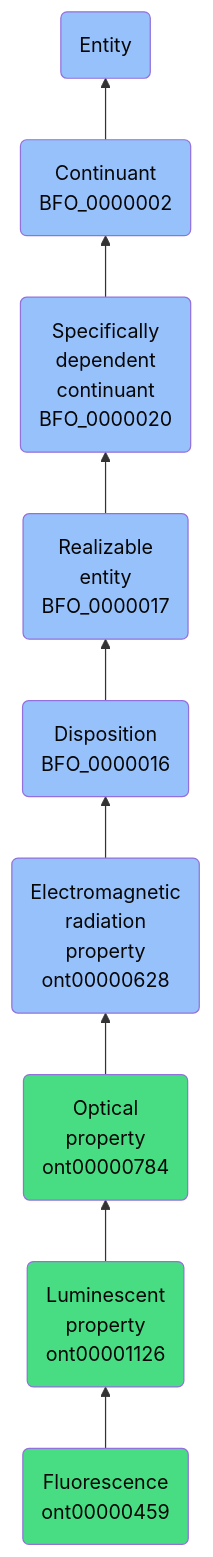
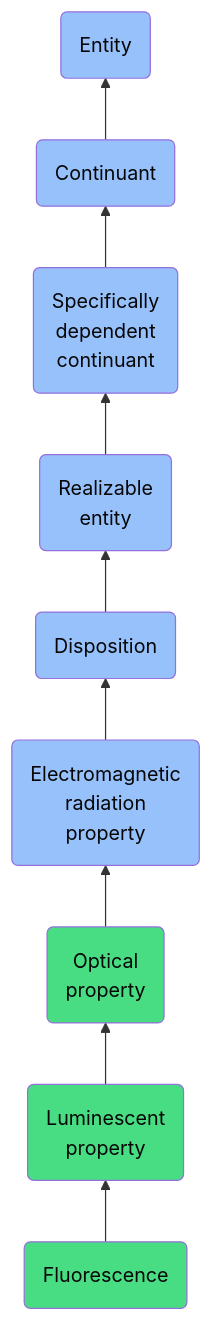
The diagram in docs/ontology/reference/model/Entity/Continuant/Specifically dependent continuant/Realizable entity/Disposition/Electromagnetic radiation property/Optical property/Luminescent property/Fluorescence/Fluorescence.md (jupyter-naas/abi), drawn with Mermaid before and after one commit. The commit also changed other lines of this file and 1430 other files, not shown here.

````diff
--- a/docs/ontology/reference/model/Entity/Continuant/Specifically dependent continuant/Realizable entity/Disposition/Electromagnetic radiation property/Optical property/Luminescent property/Fluorescence/Fluorescence.md
+++ b/docs/ontology/reference/model/Entity/Continuant/Specifically dependent continuant/Realizable entity/Disposition/Electromagnetic radiation property/Optical property/Luminescent property/Fluorescence/Fluorescence.md
@@ -24,16 +24,16 @@
 ```mermaid
 graph BT
-    ont00000459(Fluorescence<br>ont00000459):::ABI-->ont00001126
-    ont00001126(Luminescent<br>property<br>ont00001126):::ABI-->ont00000784
-    ont00000784(Optical<br>property<br>ont00000784):::ABI-->ont00000628
-    ont00000628(Electromagnetic<br>radiation<br>property<br>ont00000628):::BFO-->BFO_0000016
-    BFO_0000016(Disposition<br>BFO_0000016):::BFO-->BFO_0000017
-    BFO_0000017(Realizable<br>entity<br>BFO_0000017):::BFO-->BFO_0000020
-    BFO_0000020(Specifically<br>dependent<br>continuant<br>BFO_0000020):::BFO-->BFO_0000002
-    BFO_0000002(Continuant<br>BFO_0000002):::BFO-->BFO_0000001
+    ont00000459(Fluorescence):::ABI-->ont00001126
+    ont00001126(Luminescent<br>property):::ABI-->ont00000784
+    ont00000784(Optical<br>property):::ABI-->ont00000628
+    ont00000628(Electromagnetic<br>radiation<br>property):::BFO-->BFO_0000016
+    BFO_0000016(Disposition):::BFO-->BFO_0000017
+    BFO_0000017(Realizable<br>entity):::BFO-->BFO_0000020
+    BFO_0000020(Specifically<br>dependent<br>continuant):::BFO-->BFO_0000002
+    BFO_0000002(Continuant):::BFO-->BFO_0000001
     BFO_0000001(Entity):::BFO
     
     classDef BFO fill:#97c1fb,color:#060606
     classDef CCO fill:#e4c51e,color:#060606
     classDef ABI fill:#48DD82,color:#060606
 ```
````
